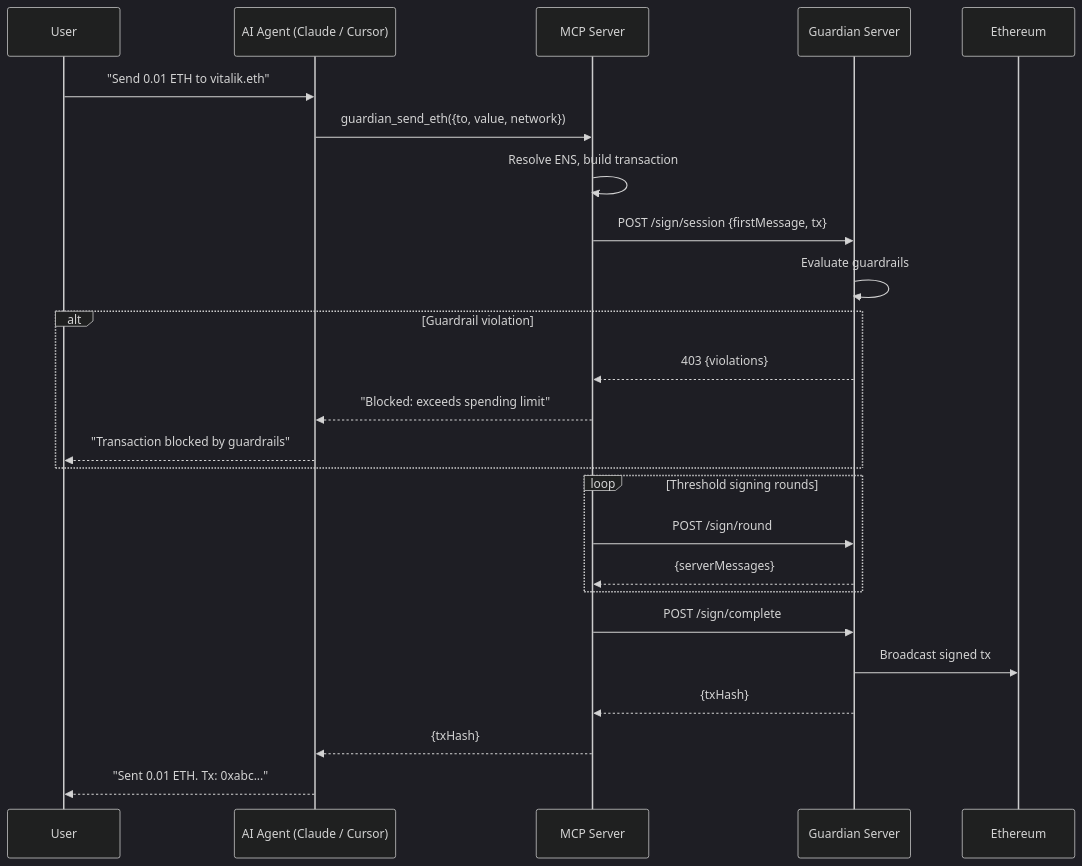
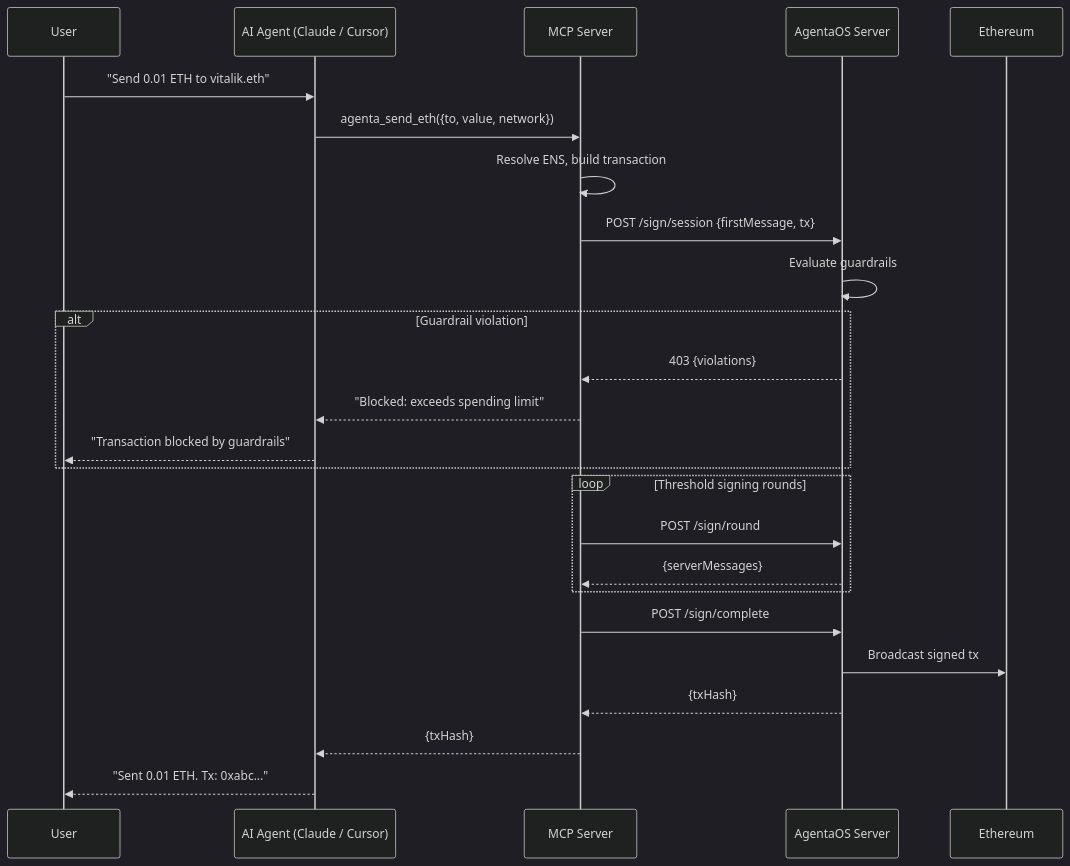
Before and after one commit to AgentaOS/docs: the diagram in guardian/integration/mcp.mdx, drawn with Mermaid (dark theme). The commit also changed other lines of this file and 28 other files, not shown here.

````diff
--- a/guardian/integration/mcp.mdx
+++ b/guardian/integration/mcp.mdx
@@ -104,31 +294,31 @@
 ```mermaid
 sequenceDiagram
     participant User
     participant AI as AI Agent (Claude / Cursor)
     participant MCP as MCP Server
-    participant GW as Guardian Server
+    participant GW as AgentaOS Server
     participant Chain as Ethereum
 
     User->>AI: "Send 0.01 ETH to vitalik.eth"
-    AI->>MCP: guardian_send_eth({to, value, network})
+    AI->>MCP: agenta_send_eth({to, value, network})
     MCP->>MCP: Resolve ENS, build transaction
     MCP->>GW: POST /sign/session {firstMessage, tx}
     GW->>GW: Evaluate guardrails
 
     alt Guardrail violation
         GW-->>MCP: 403 {violations}
         MCP-->>AI: "Blocked: exceeds spending limit"
         AI-->>User: "Transaction blocked by guardrails"
     end
 
     loop Threshold signing rounds
         MCP->>GW: POST /sign/round
         GW-->>MCP: {serverMessages}
     end
 
     MCP->>GW: POST /sign/complete
     GW->>Chain: Broadcast signed tx
     GW-->>MCP: {txHash}
     MCP-->>AI: {txHash}
     AI-->>User: "Sent 0.01 ETH. Tx: 0xabc..."
 ```
````
